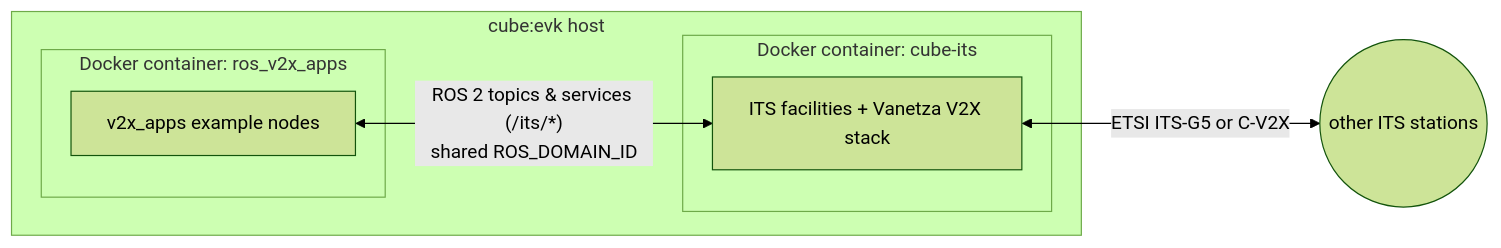
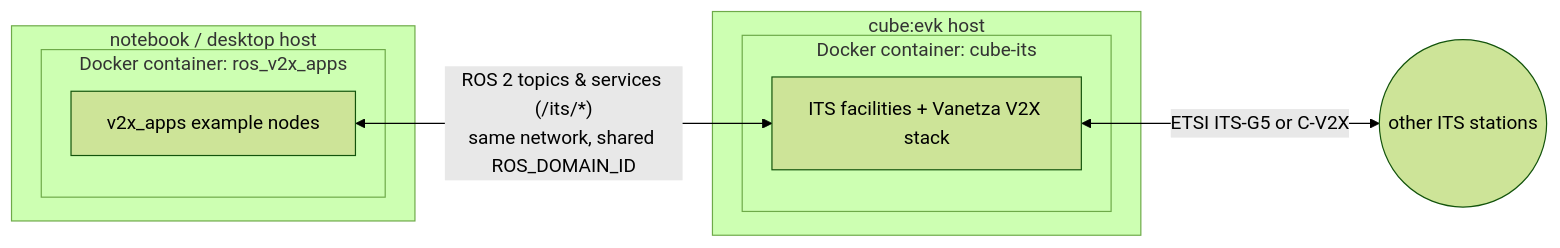
One commit to cubesys-GmbH/ros_v2x_apps changed the diagram in README.md. Above: the diagram before and after it, drawn with Mermaid (forest theme). The commit also changed other lines of this file, not shown here.

````diff
--- a/README.md
+++ b/README.md
@@ -7,13 +7,15 @@
 ```mermaid
 flowchart LR
-    subgraph evk["cube:evk host"]
+    subgraph dev["notebook / desktop host"]
         subgraph d2["Docker container: ros_v2x_apps"]
             apps["v2x_apps example nodes"]
         end
+    end
+    subgraph evk["cube:evk host"]
         subgraph d1["Docker container: cube-its"]
             cits["ITS facilities + Vanetza V2X stack"]
         end
-        apps <-->|"ROS 2 topics & services (/its/*)<br/>shared ROS_DOMAIN_ID"| cits
     end
+    apps <-->|"ROS 2 topics & services (/its/*)<br/>same network, shared ROS_DOMAIN_ID"| cits
     cits <-->|"ETSI ITS-G5 or C-V2X"| ext(("other ITS stations"))
 ```
````
